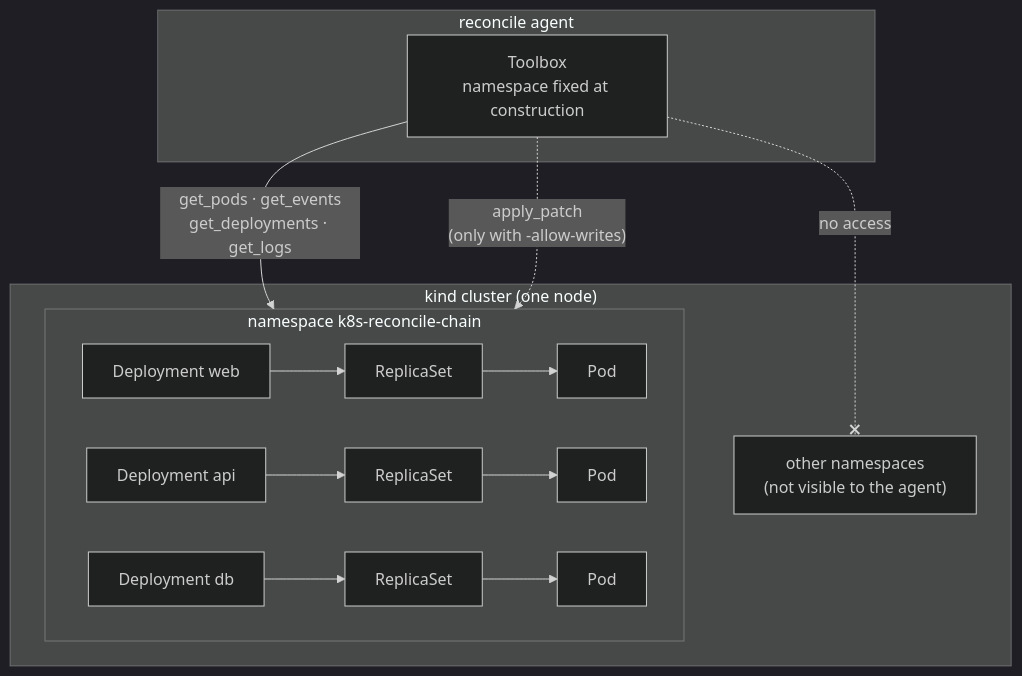
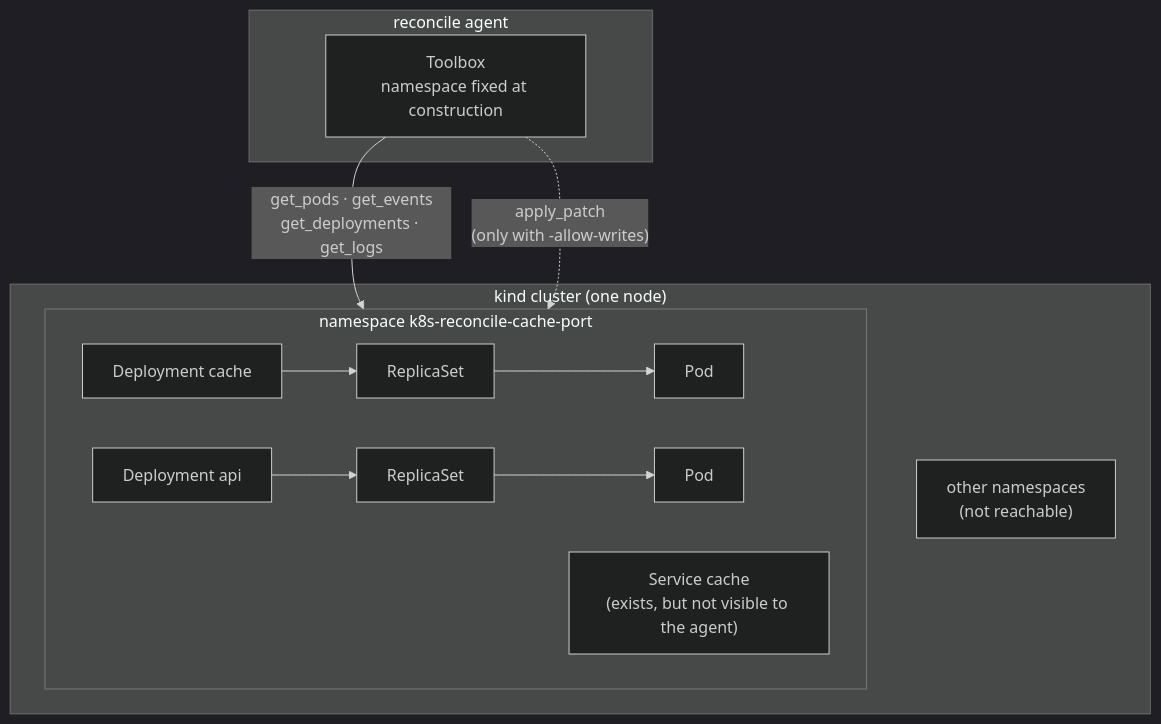
Before and after one commit to zaansaeed/k8s-reconcile: the first of 5 diagrams in README.md, drawn with Mermaid (dark theme). The commit also changed other lines of this file and 54 other files, not shown here.

````diff
--- a/README.md
+++ b/README.md
@@ -15,18 +22,17 @@
 ```mermaid
 flowchart TB
     subgraph cluster["kind cluster (one node)"]
-        subgraph ns["namespace k8s-reconcile-chain"]
+        subgraph ns["namespace k8s-reconcile-cache-port"]
             direction LR
-            web["Deployment web"] --> webrs["ReplicaSet"] --> webpod["Pod"]
+            cache["Deployment cache"] --> cachers["ReplicaSet"] --> cachepod["Pod"]
             api["Deployment api"] --> apirs["ReplicaSet"] --> apipod["Pod"]
-            db["Deployment db"] --> dbrs["ReplicaSet"] --> dbpod["Pod"]
+            svc["Service cache<br/>(exists, but not visible to the agent)"]
         end
-        other["other namespaces<br/>(not visible to the agent)"]
+        other["other namespaces<br/>(not reachable)"]
     end
     subgraph agent["reconcile agent"]
         toolbox["Toolbox<br/>namespace fixed at construction"]
     end
     toolbox -- "get_pods · get_events<br/>get_deployments · get_logs" --> ns
     toolbox -. "apply_patch<br/>(only with -allow-writes)" .-> ns
-    toolbox -. "no access" .-x other
 ```
````
